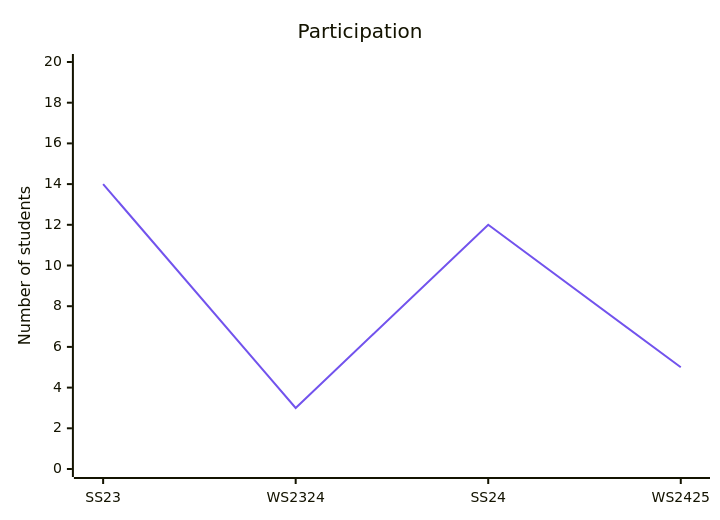
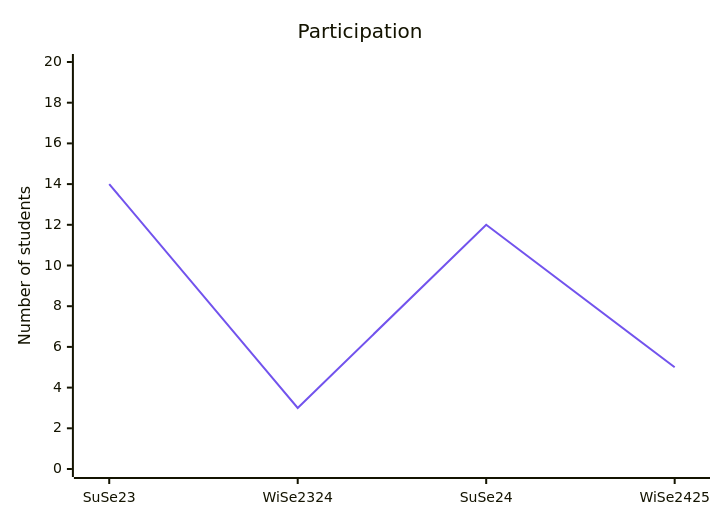
The second of 2 diagrams in docs/evaluations.md (digital-work-lab/open-source-project), drawn with Mermaid before and after one commit. The commit also changed other lines of this file and 1 other file, not shown here.

Commit message:
update abbreviations/fix

````diff
--- a/docs/evaluations.md
+++ b/docs/evaluations.md
@@ -34,8 +34,8 @@
 ```mermaid
 %%{init: { "themeVariables": {"xyChart": {"plotColorPalette": "#7253ed", "plotLineWidth": 4} } }}%%
 xychart-beta
     title "Participation"
-    x-axis [SS23, WS2324, SS24, WS2425]
+    x-axis [SuSe23, WiSe2324, SuSe24, WiSe2425]
     y-axis "Number of students" 0 --> 20
     line [14, 3, 12, 5]
 ```
````
